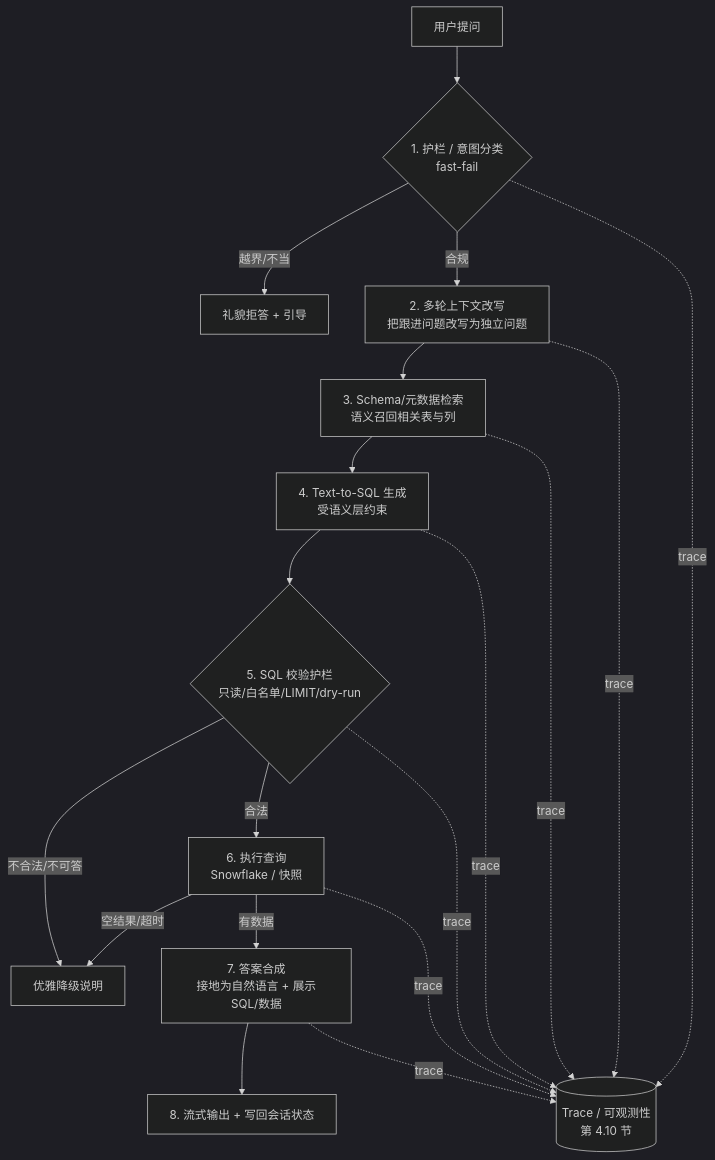
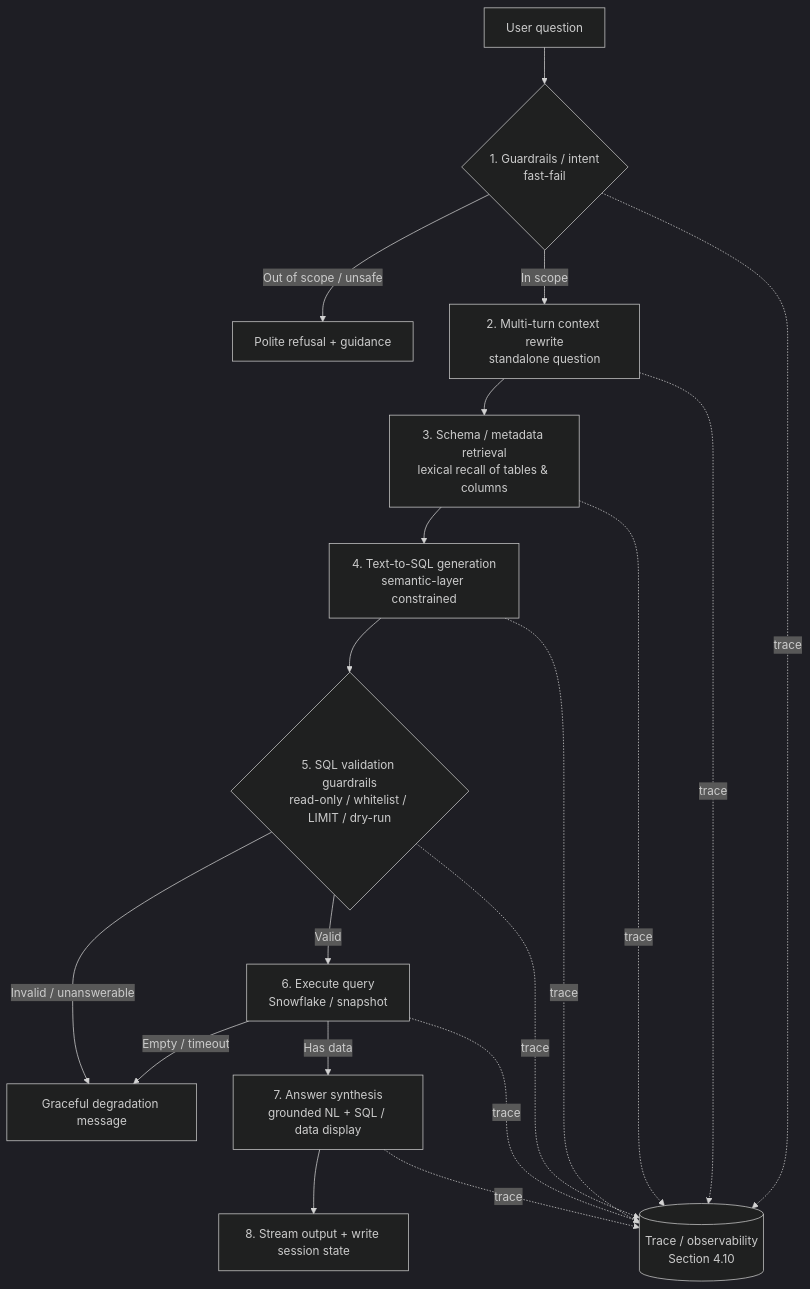
Before and after one commit to AndyUneducated/us-population-agent: the first of 4 diagrams in docs/TECHNICAL_DESIGN.md, drawn with Mermaid (dark theme). The commit also changed other lines of this file and 35 other files, not shown here.

````diff
--- a/docs/TECHNICAL_DESIGN.md
+++ b/docs/TECHNICAL_DESIGN.md
@@ -81,15 +84,15 @@
 ```mermaid
 flowchart TD
-    A[用户提问] --> B{1. 护栏 / 意图分类<br/>fast-fail}
-    B -- 越界/不当 --> Z[礼貌拒答 + 引导]
-    B -- 合规 --> C[2. 多轮上下文改写<br/>把跟进问题改写为独立问题]
-    C --> D[3. Schema/元数据检索<br/>语义召回相关表与列]
-    D --> E[4. Text-to-SQL 生成<br/>受语义层约束]
-    E --> F{5. SQL 校验护栏<br/>只读/白名单/LIMIT/dry-run}
-    F -- 不合法/不可答 --> Y[优雅降级说明]
-    F -- 合法 --> G[6. 执行查询<br/>Snowflake / 快照]
-    G -- 空结果/超时 --> Y
-    G -- 有数据 --> H[7. 答案合成<br/>接地为自然语言 + 展示SQL/数据]
-    H --> I[8. 流式输出 + 写回会话状态]
-    B & C & D & E & F & G & H -.trace.-> T[(Trace / 可观测性<br/>第 4.10 节)]
+    A[User question] --> B{1. Guardrails / intent<br/>fast-fail}
+    B -- Out of scope / unsafe --> Z[Polite refusal + guidance]
+    B -- In scope --> C[2. Multi-turn context rewrite<br/>standalone question]
+    C --> D[3. Schema / metadata retrieval<br/>lexical recall of tables & columns]
+    D --> E[4. Text-to-SQL generation<br/>semantic-layer constrained]
+    E --> F{5. SQL validation guardrails<br/>read-only / whitelist / LIMIT / dry-run}
+    F -- Invalid / unanswerable --> Y[Graceful degradation message]
+    F -- Valid --> G[6. Execute query<br/>Snowflake / snapshot]
+    G -- Empty / timeout --> Y
+    G -- Has data --> H[7. Answer synthesis<br/>grounded NL + SQL / data display]
+    H --> I[8. Stream output + write session state]
+    B & C & D & E & F & G & H -.trace.-> T[(Trace / observability<br/>Section 4.10)]
 ```
````
